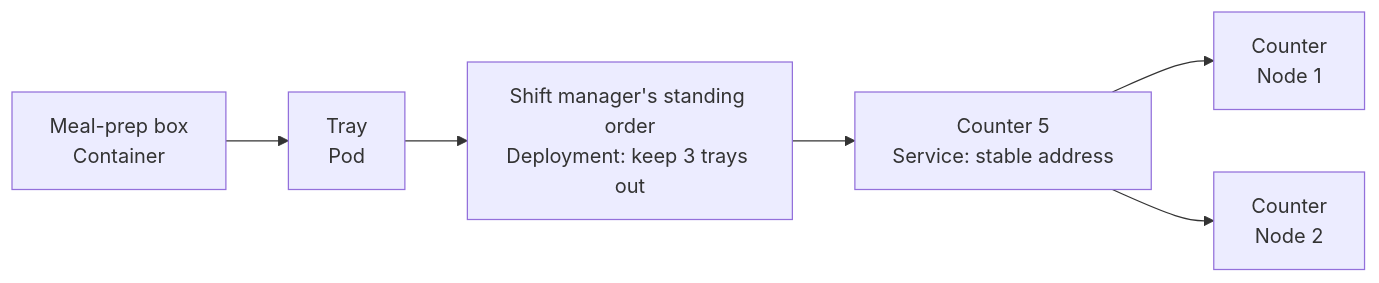
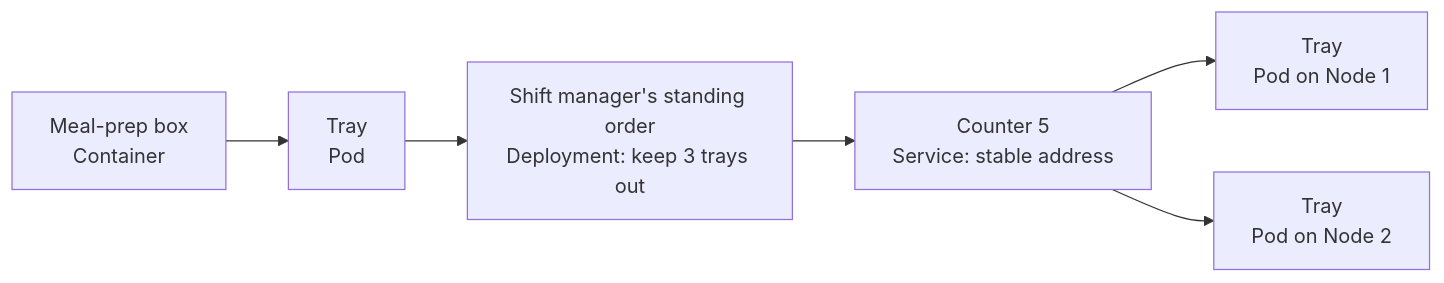
Before and after one commit to veeresh-bikkaneti/system-design-and-architecture: the second of 3 diagrams in content/lessons/cloud-native-architecture.mdx, drawn with Mermaid. The commit also changed other lines of this file and 5 other files, not shown here.

Commit message:
Architect TL review: verify fixes, correct quiz keys and residual errors

````diff
--- a/content/lessons/cloud-native-architecture.mdx
+++ b/content/lessons/cloud-native-architecture.mdx
@@ -156,8 +155,8 @@
 ```mermaid
 flowchart LR
     C[Meal-prep box<br/>Container]:::service --> P[Tray<br/>Pod]:::service
     P --> D[Shift manager's standing order<br/>Deployment: keep 3 trays out]:::cloud
     D --> S[Counter 5<br/>Service: stable address]:::cloud
-    S --> N1[Counter<br/>Node 1]:::cloud
-    S --> N2[Counter<br/>Node 2]:::cloud
+    S --> P1[Tray<br/>Pod on Node 1]:::service
+    S --> P2[Tray<br/>Pod on Node 2]:::service
 ```
````
